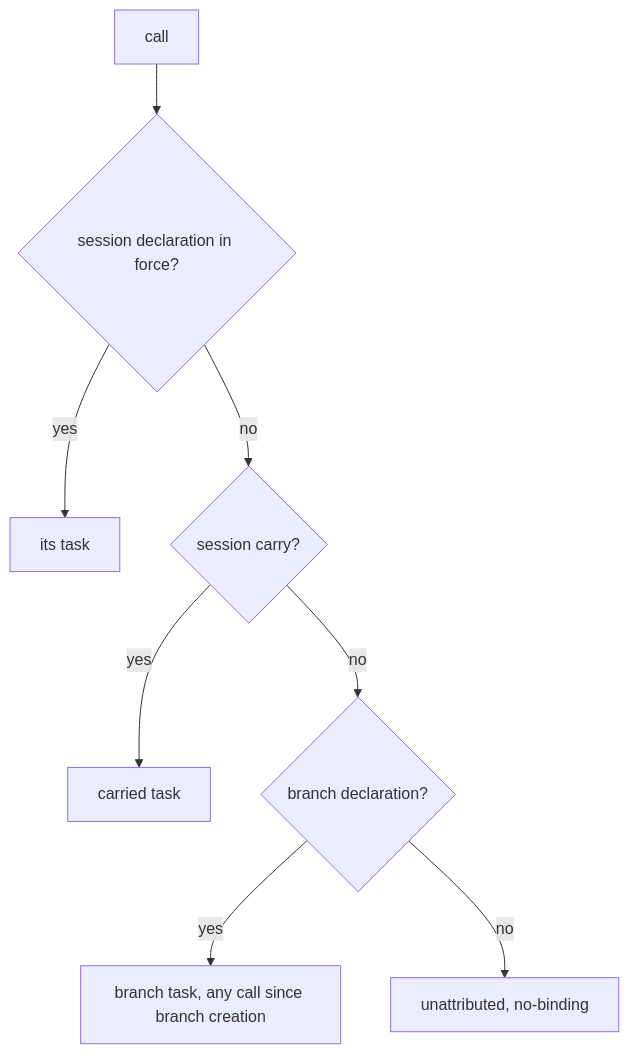
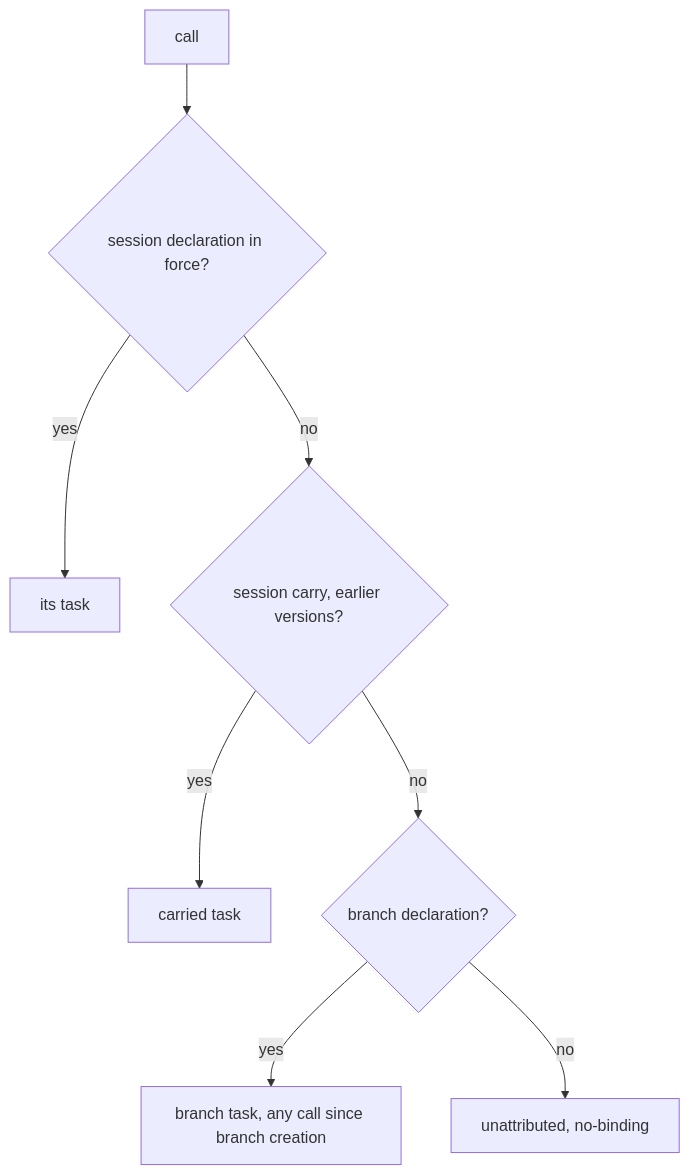
One commit to ai-driven-dev/framework changed the second of 3 diagrams in aidd_docs/product/usage-contract.md. Above: the diagram before and after it, drawn with Mermaid. The commit also changed other lines of this file and 3 other files, not shown here.

````diff
--- a/aidd_docs/product/usage-contract.md
+++ b/aidd_docs/product/usage-contract.md
@@ -199,10 +199,10 @@
 ```mermaid
 flowchart TD
   A["call"] --> S{"session declaration in force?"}
   S -->|"yes"| T1["its task"]
-  S -->|"no"| C{"session carry?"}
+  S -->|"no"| C{"session carry, earlier versions?"}
   C -->|"yes"| T2["carried task"]
   C -->|"no"| B{"branch declaration?"}
   B -->|"yes"| T3["branch task, any call since branch creation"]
   B -->|"no"| U["unattributed, no-binding"]
 ```
````
